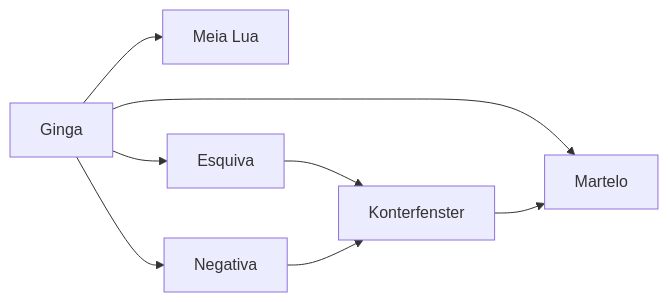
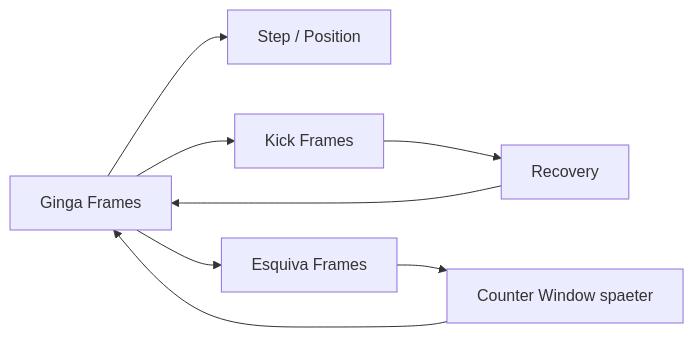
The third of 5 diagrams in docs/examples/ananta-capoeira-duel/README.md (ananta888/ananta), drawn with Mermaid before and after one commit. The commit also changed other lines of this file, not shown here.

````diff
--- a/docs/examples/ananta-capoeira-duel/README.md
+++ b/docs/examples/ananta-capoeira-duel/README.md
@@ -67,10 +85,10 @@
 ```mermaid
 flowchart LR
-    G[Ginga] --> M1[Meia Lua]
-    G --> M2[Martelo]
-    G --> E1[Esquiva]
-    G --> E2[Negativa]
-    E1 --> C1[Konterfenster]
-    E2 --> C1
-    C1 --> M2
+    G[Ginga Frames] --> S[Step / Position]
+    G --> K[Kick Frames]
+    G --> E[Esquiva Frames]
+    K --> R[Recovery]
+    E --> C[Counter Window spaeter]
+    R --> G
+    C --> G
 ```
````
